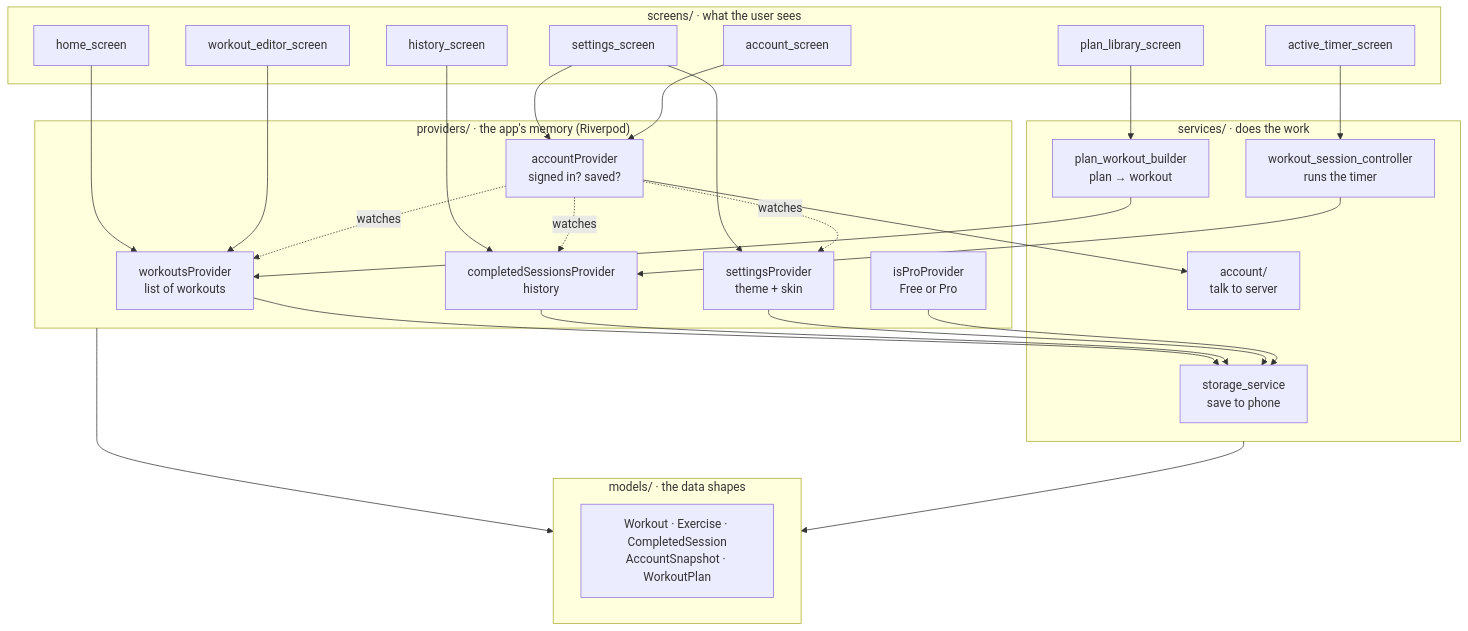
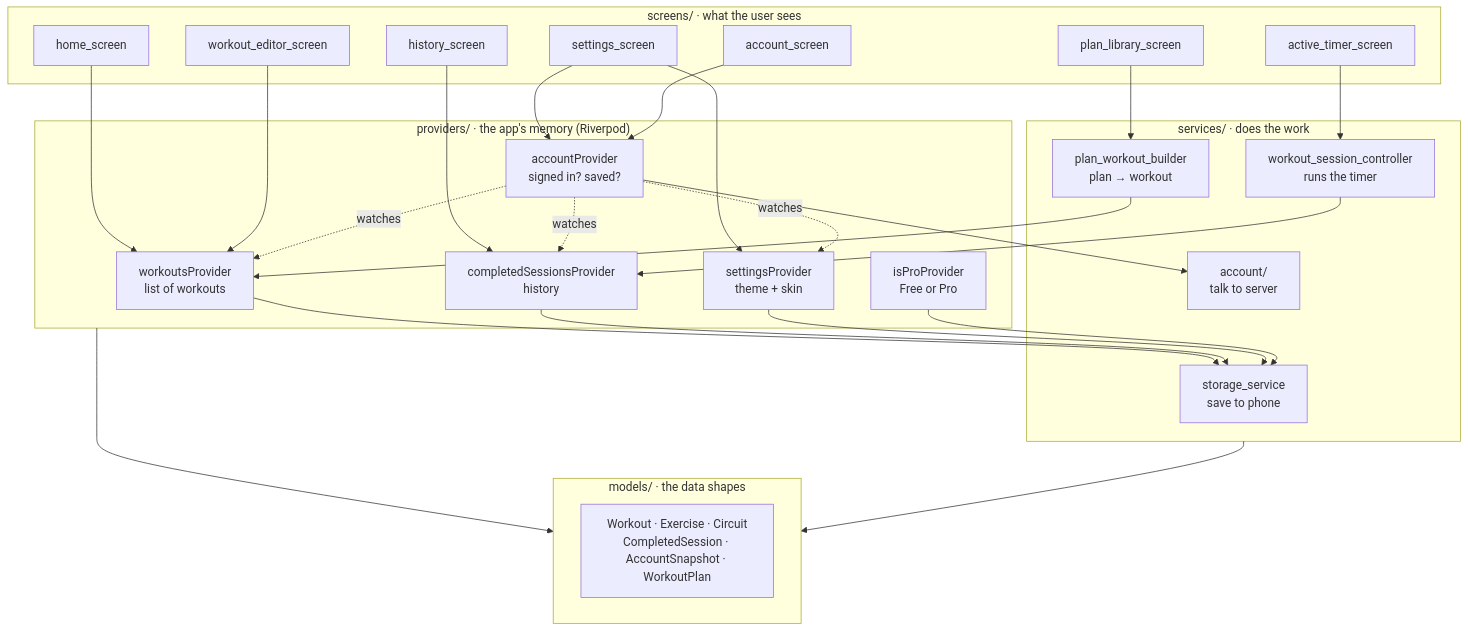
The second of 6 diagrams in GUIDE.md (kuikai/stackfit), drawn with Mermaid before and after one commit. The commit also changed other lines of this file and 30 other files, not shown here.

First line of the commit message:
Let a workout repeat a group of exercises as a circuit.

````diff
--- a/GUIDE.md
+++ b/GUIDE.md
@@ -72,53 +72,53 @@
 ```mermaid
 flowchart TB
   subgraph Screens["screens/ · what the user sees"]
     Home[home_screen]
     Editor[workout_editor_screen]
     Timer[active_timer_screen]
     History[history_screen]
     Settings[settings_screen]
     Plans[plan_library_screen]
     Account[account_screen]
   end
 
   subgraph Providers["providers/ · the app's memory (Riverpod)"]
     WP[workoutsProvider<br/>list of workouts]
     CP[completedSessionsProvider<br/>history]
     SP[settingsProvider<br/>theme + skin]
     PP[isProProvider<br/>Free or Pro]
     AP[accountProvider<br/>signed in? saved?]
   end
 
   subgraph Services["services/ · does the work"]
     Store[storage_service<br/>save to phone]
     Session[workout_session_controller<br/>runs the timer]
     Sync[account/<br/>talk to server]
     Plan[plan_workout_builder<br/>plan → workout]
   end
 
   subgraph Models["models/ · the data shapes"]
-    M[Workout · Exercise · CompletedSession<br/>AccountSnapshot · WorkoutPlan]
+    M[Workout · Exercise · Circuit<br/>CompletedSession · AccountSnapshot · WorkoutPlan]
   end
 
   Home --> WP
   Editor --> WP
   Timer --> Session --> CP
   History --> CP
   Settings --> SP
   Settings --> AP
   Plans --> Plan --> WP
   Account --> AP
 
   WP --> Store
   CP --> Store
   SP --> Store
   PP --> Store
   AP --> Sync
 
   AP -. "watches" .-> WP
   AP -. "watches" .-> CP
   AP -. "watches" .-> SP
 
   Providers --> Models
   Services --> Models
 ```
````
